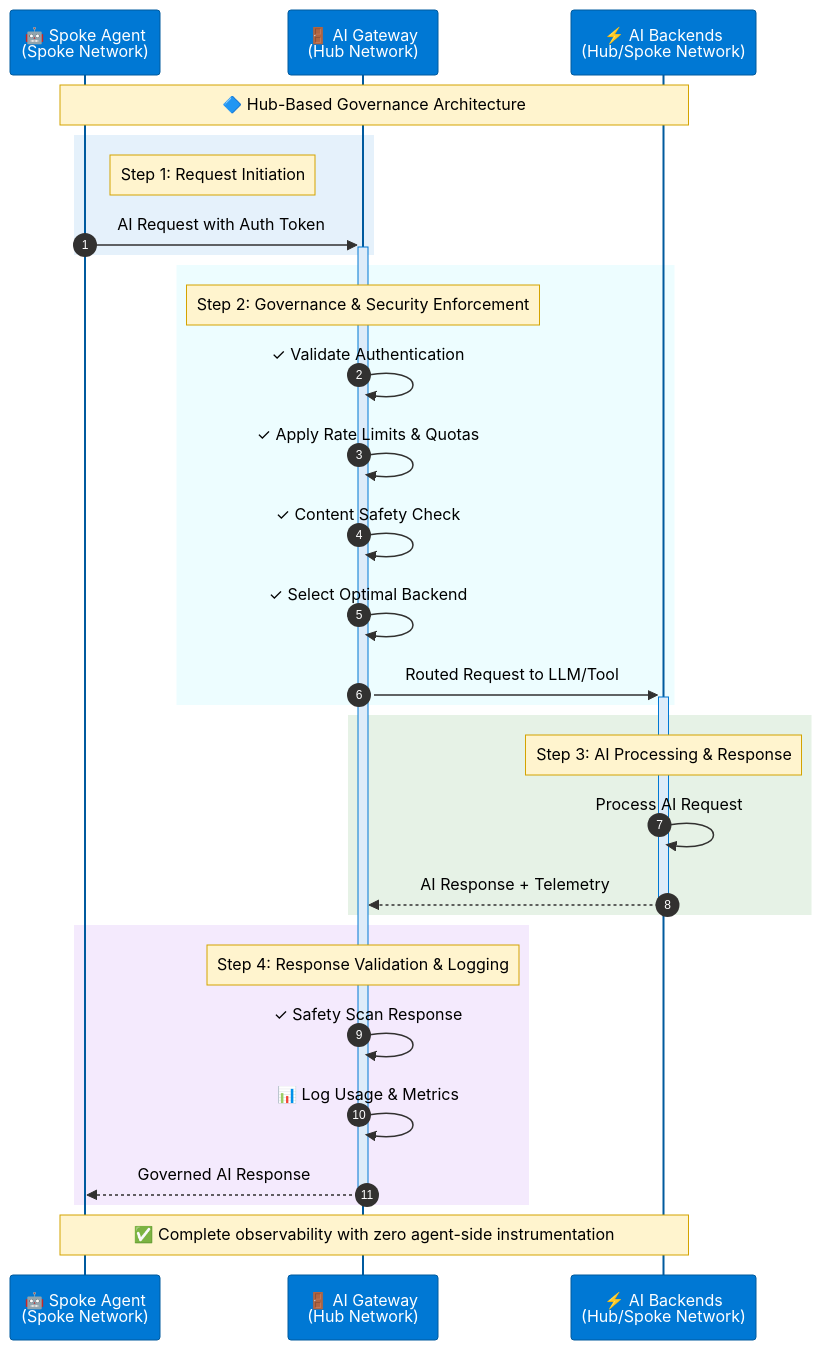
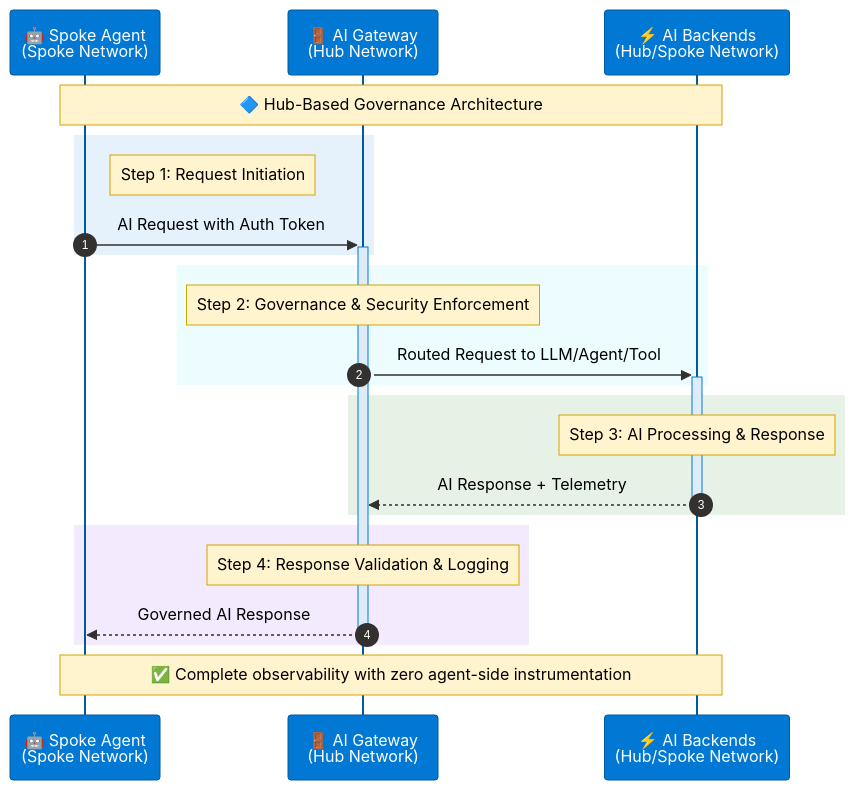
The first of 2 diagrams in CITADEL-README.md (Azure-Samples/ai-hub-gateway-solution-accelerator), drawn with Mermaid before and after one commit. The commit also changed other lines of this file, not shown here.

````diff
--- a/CITADEL-README.md
+++ b/CITADEL-README.md
@@ -111,66 +111,59 @@
 ```mermaid
 %%{init: {
   'theme': 'base',
   'themeVariables': {
     'primaryColor': '#0078d4',
     'primaryTextColor': '#000',
     'primaryBorderColor': '#0078d4',
     'lineColor': '#605e5c',
     'secondaryColor': '#50e6ff',
     'tertiaryColor': '#f3f2f1',
     'noteBkgColor': '#fff4ce',
     'noteTextColor': '#000',
     'noteBorderColor': '#d4a300',
     'actorBkg': '#0078d4',
     'actorBorder': '#005a9e',
     'actorTextColor': '#fff',
     'actorLineColor': '#005a9e',
     'signalColor': '#323130',
     'signalTextColor': '#000',
     'labelBoxBkgColor': '#edebe9',
     'labelBoxBorderColor': '#8a8886',
     'labelTextColor': '#000',
     'loopTextColor': '#000',
     'activationBorderColor': '#0078d4',
     'activationBkgColor': '#deecf9',
     'sequenceNumberColor': '#fff'
   }
 }}%%
 sequenceDiagram
     autonumber
     
     participant Agent as 🤖 Spoke Agent<br/>(Spoke Network)
     participant Gateway as 🚪 AI Gateway<br/>(Hub Network)
     participant Backends as ⚡ AI Backends<br/>(Hub/Spoke Network)
 
     Note over Agent,Backends: 🔷 Hub-Based Governance Architecture
     
     rect rgba(0, 120, 212, 0.1)
         Note right of Agent: Step 1: Request Initiation
         Agent->>+Gateway: AI Request with Auth Token
     end
     
     rect rgba(80, 230, 255, 0.1)
         Note over Gateway: Step 2: Governance & Security Enforcement
-        Gateway->>Gateway: ✓ Validate Authentication
-        Gateway->>Gateway: ✓ Apply Rate Limits & Quotas
-        Gateway->>Gateway: ✓ Content Safety Check
-        Gateway->>Gateway: ✓ Select Optimal Backend
-        Gateway->>+Backends: Routed Request to LLM/Tool
+        Gateway->>+Backends: Routed Request to LLM/Agent/Tool
     end
     
     rect rgba(16, 124, 16, 0.1)
         Note over Backends: Step 3: AI Processing & Response
-        Backends->>Backends: Process AI Request
         Backends-->>-Gateway: AI Response + Telemetry
     end
     
     rect rgba(147, 51, 234, 0.1)
         Note over Gateway: Step 4: Response Validation & Logging
-        Gateway->>Gateway: ✓ Safety Scan Response
-        Gateway->>Gateway: 📊 Log Usage & Metrics
         Gateway-->>-Agent: Governed AI Response
     end
     
     Note over Agent,Backends: ✅ Complete observability with zero agent-side instrumentation
 ```
````
